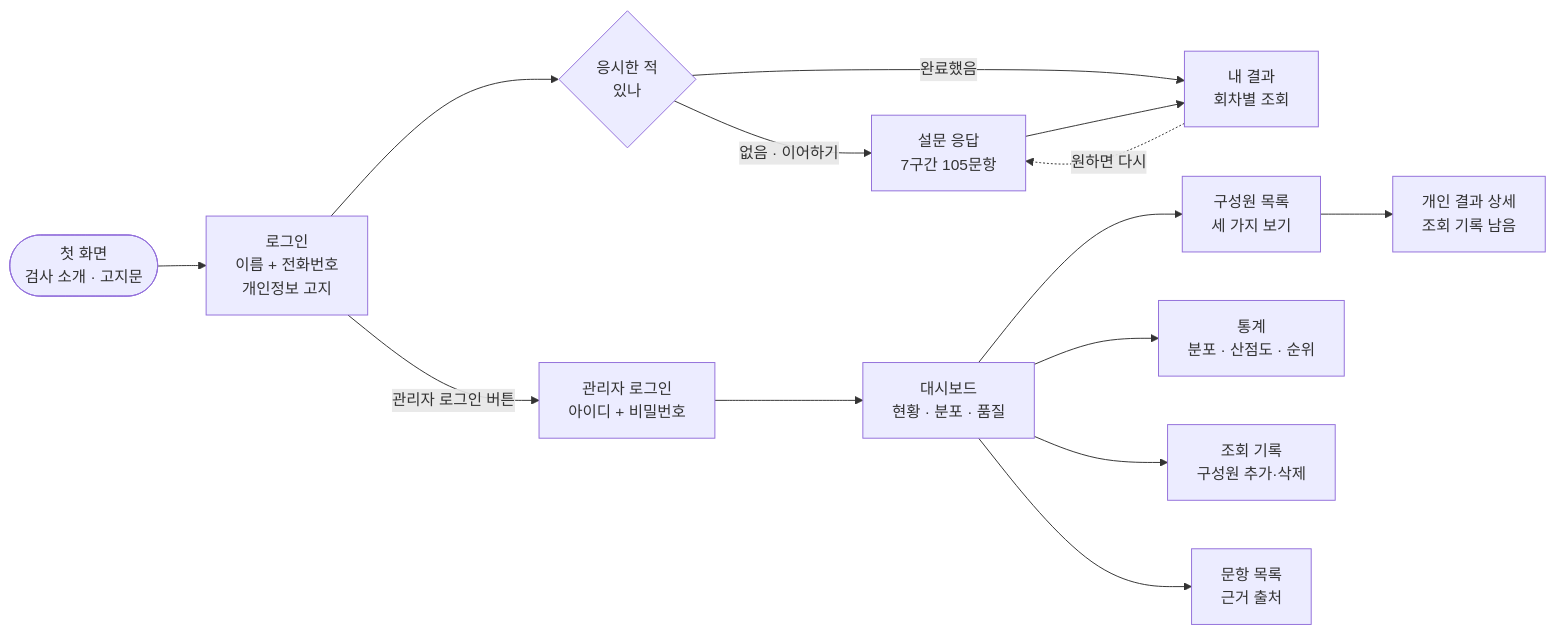
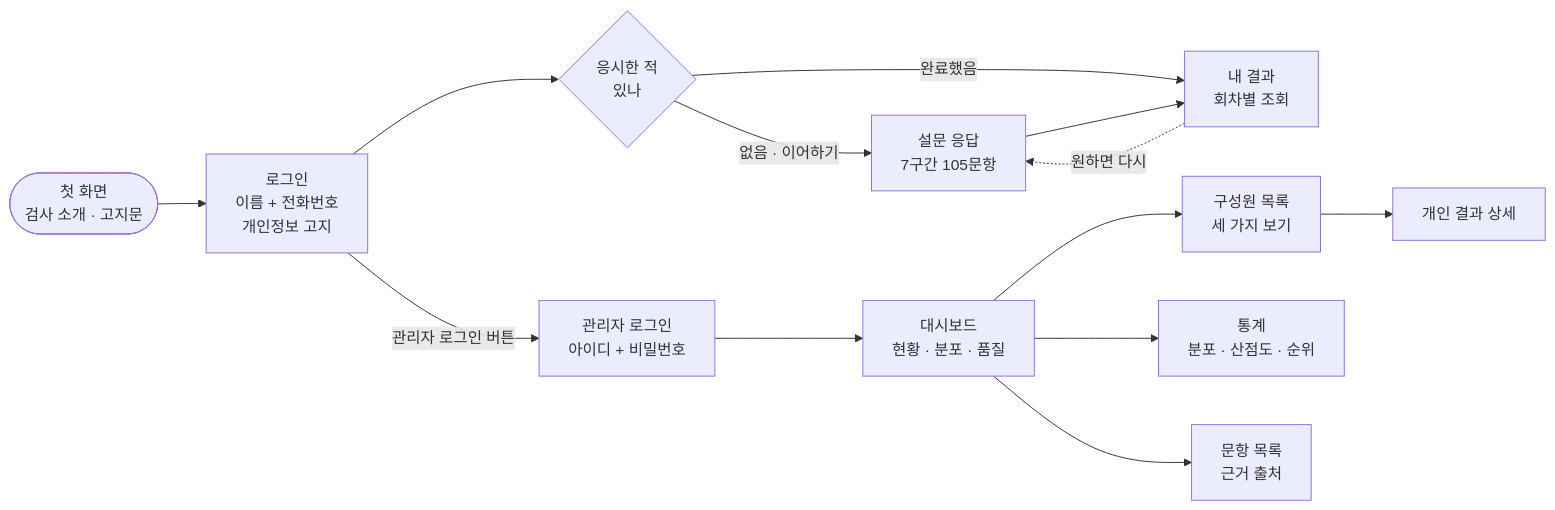
One commit to Kodol05/survey-design-docs changed the second of 8 diagrams in docs/05_시스템_보고서_v2.md. Above: the diagram before and after it, drawn with Mermaid. The commit also changed other lines of this file, not shown here.

First line of the commit message:
v2 — 관리자 행위 기록 제거, 구성원 추가 제거, 관리자 로그인 조정

````diff
--- a/docs/05_시스템_보고서_v2.md
+++ b/docs/05_시스템_보고서_v2.md
@@ -125,18 +121,17 @@
 ```mermaid
 flowchart LR
   home(["첫 화면<br/>검사 소개 · 고지문"]) --> login["로그인<br/>이름 + 전화번호<br/>개인정보 고지"]
   login -->|"관리자 로그인 버튼"| alogin["관리자 로그인<br/>아이디 + 비밀번호"]
 
   login --> check{"응시한 적<br/>있나"}
   check -->|"없음 · 이어하기"| test["설문 응답<br/>7구간 105문항"]
   check -->|"완료했음"| result["내 결과<br/>회차별 조회"]
   test --> result
   result -.->|"원하면 다시"| test
 
   alogin --> dash["대시보드<br/>현황 · 분포 · 품질"]
   dash --> list["구성원 목록<br/>세 가지 보기"]
-  list --> detail["개인 결과 상세<br/>조회 기록 남음"]
+  list --> detail["개인 결과 상세"]
   dash --> stats["통계<br/>분포 · 산점도 · 순위"]
-  dash --> audit["조회 기록<br/>구성원 추가·삭제"]
   dash --> items["문항 목록<br/>근거 출처"]
 ```
````
